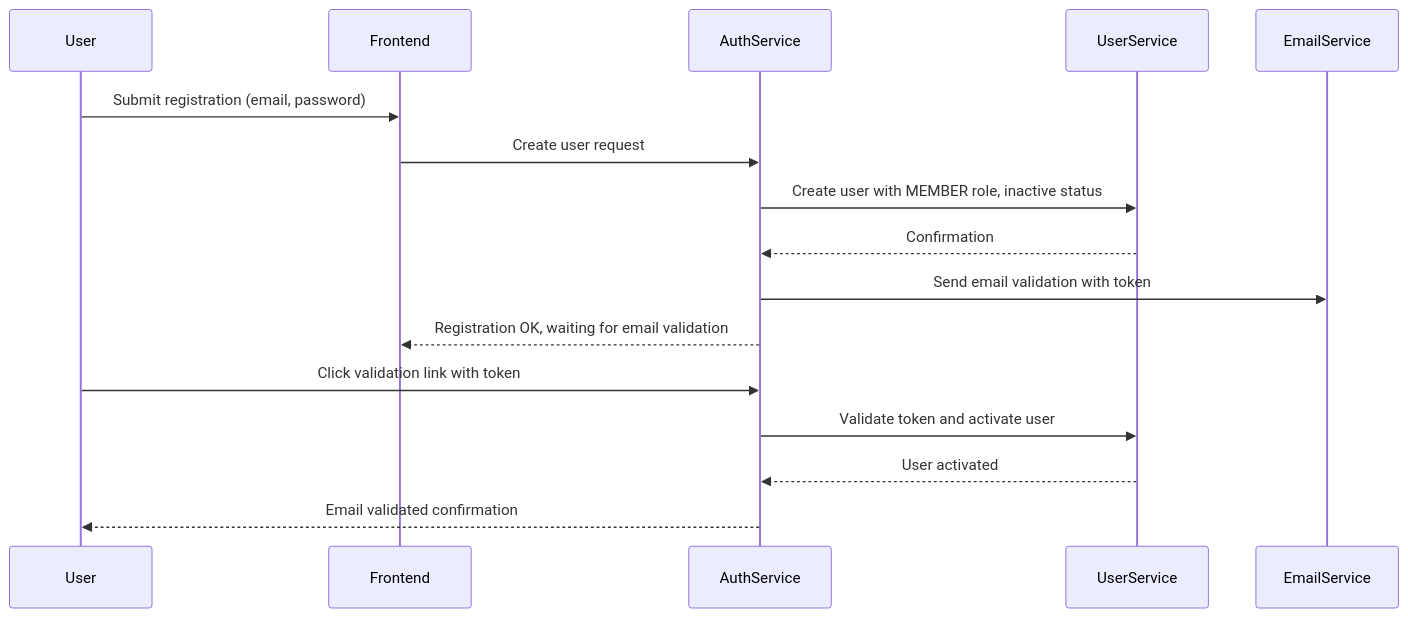
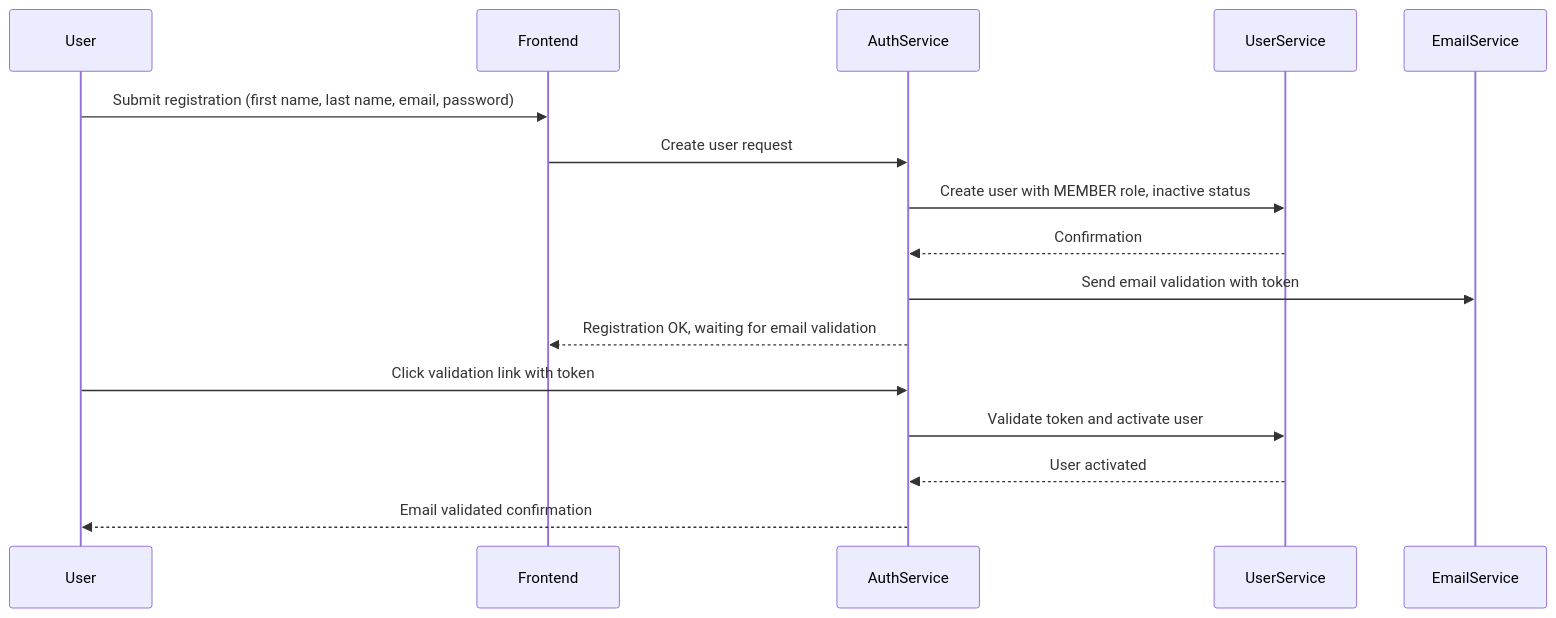
One commit to sasadangelo/software-architect-blueprints changed the first of 4 diagrams in strava-like/docs/auth/auth.md. Above: the diagram before and after it, drawn with Mermaid.

````diff
--- a/strava-like/docs/auth/auth.md
+++ b/strava-like/docs/auth/auth.md
@@ -18,19 +18,19 @@
 ```mermaid
 sequenceDiagram
     participant User
     participant Frontend
     participant AuthService
     participant UserService
     participant EmailService
 
-    User->>Frontend: Submit registration (email, password)
+    User->>Frontend: Submit registration (first name, last name, email, password)
     Frontend->>AuthService: Create user request
     AuthService->>UserService: Create user with MEMBER role, inactive status
     UserService-->>AuthService: Confirmation
     AuthService->>EmailService: Send email validation with token
     AuthService-->>Frontend: Registration OK, waiting for email validation
     User->>AuthService: Click validation link with token
     AuthService->>UserService: Validate token and activate user
     UserService-->>AuthService: User activated
     AuthService-->>User: Email validated confirmation
 ```
````
